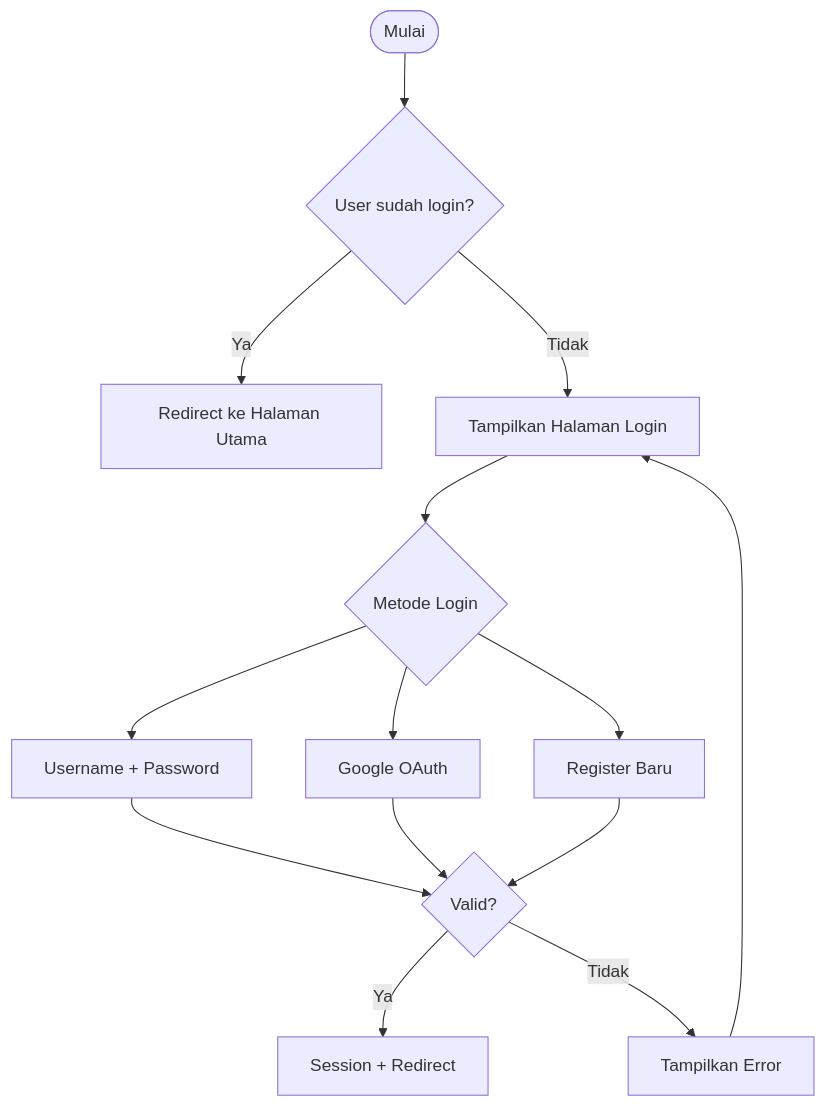
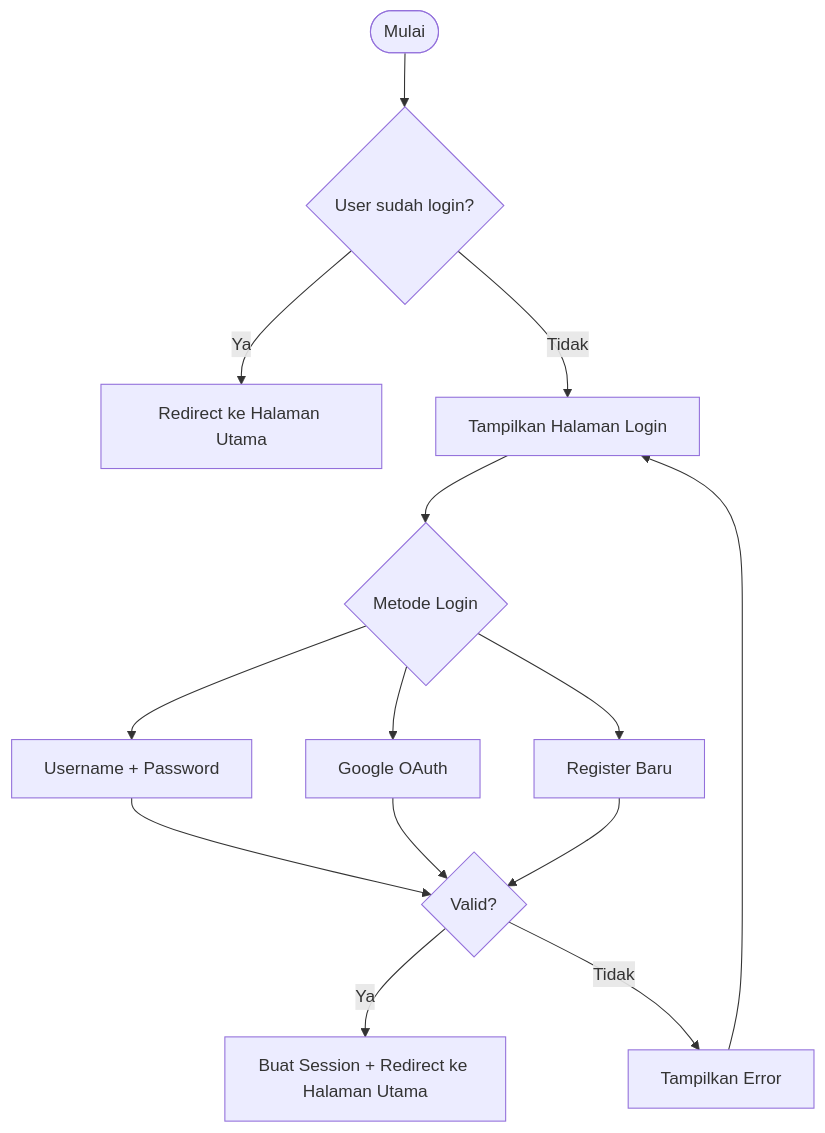
The third of 6 diagrams in e-concalc-web/README.md (falcon-ioi/Caclcon), drawn with Mermaid before and after one commit. The commit also changed other lines of this file, not shown here.

````diff
--- a/e-concalc-web/README.md
+++ b/e-concalc-web/README.md
@@ -227,16 +148,16 @@
 ```mermaid
 flowchart TD
     A([Mulai]) --> B{User sudah login?}
     B -- Ya --> C[Redirect ke Halaman Utama]
     B -- Tidak --> D[Tampilkan Halaman Login]
     D --> E{Metode Login}
     E --> F[Username + Password]
     E --> G[Google OAuth]
     E --> H[Register Baru]
     F --> I{Valid?}
     G --> I
     H --> I
-    I -- Ya --> J[Session + Redirect]
+    I -- Ya --> J[Buat Session + Redirect ke Halaman Utama]
     I -- Tidak --> K[Tampilkan Error]
     K --> D
 ```
````
